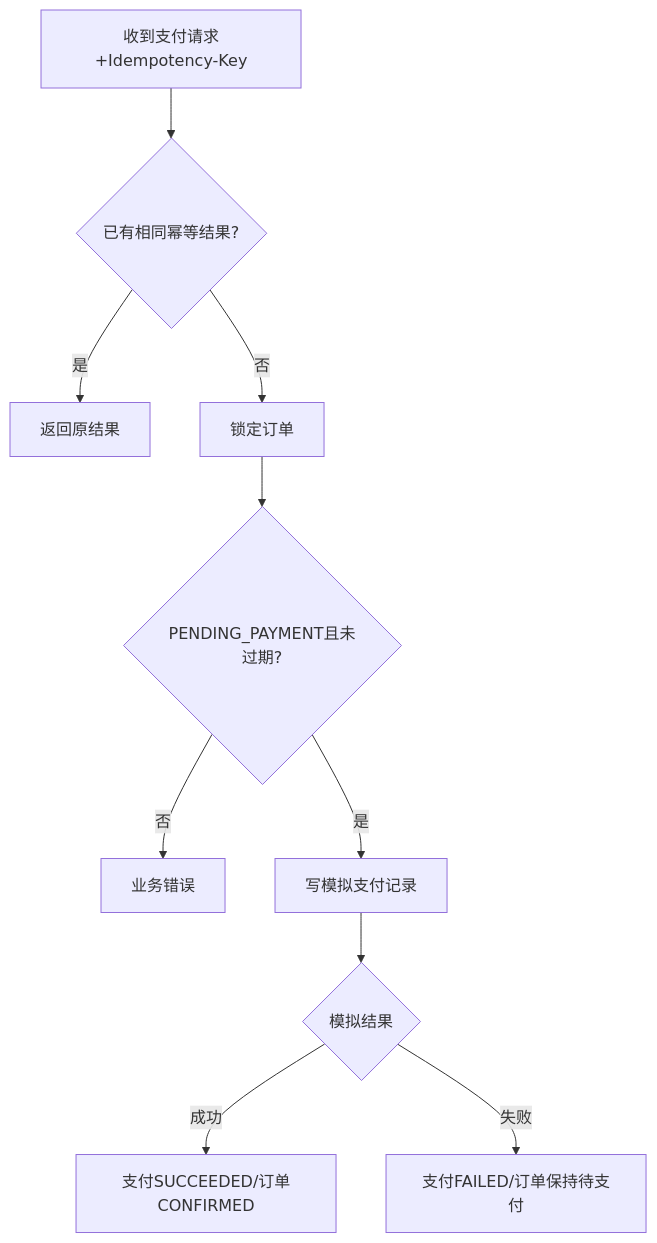
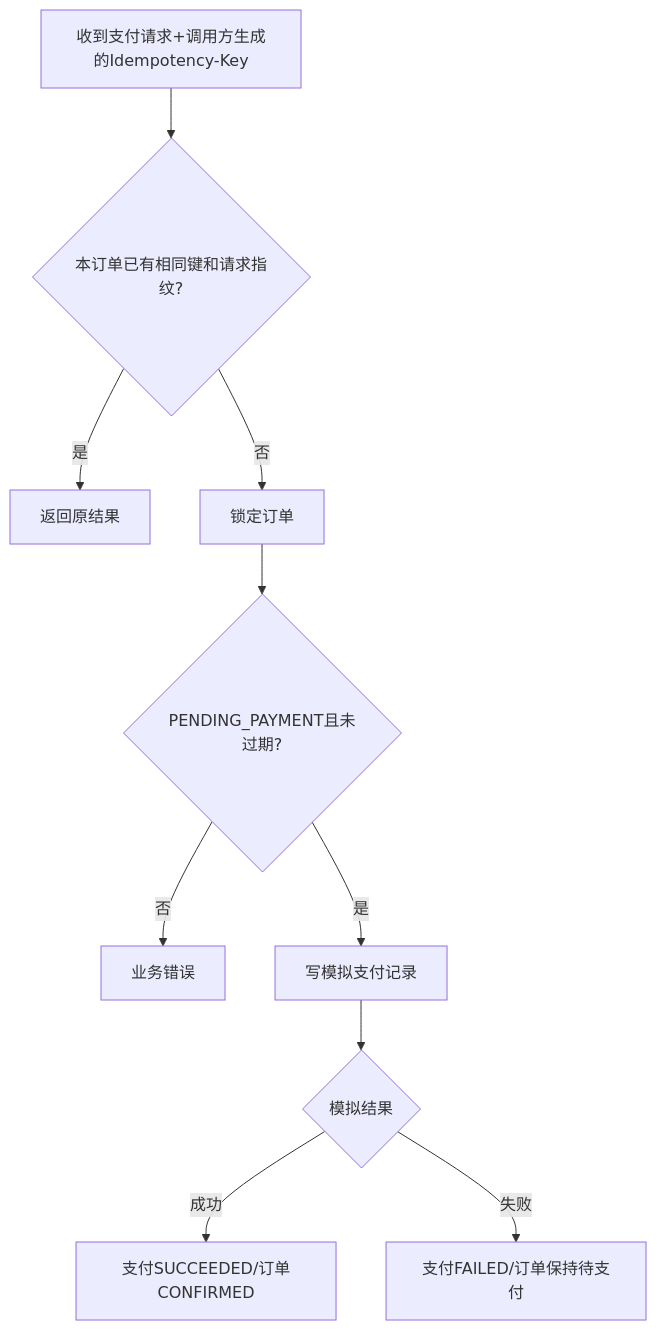
One commit to kamiweiwei12/- changed the second of 4 diagrams in docs/design/BUSINESS_FLOWS.md. Above: the diagram before and after it, drawn with Mermaid. The commit also changed other lines of this file and 25 other files, not shown here.

````diff
--- a/docs/design/BUSINESS_FLOWS.md
+++ b/docs/design/BUSINESS_FLOWS.md
@@ -29,12 +29,12 @@
 ```mermaid
 flowchart TD
-    A[收到支付请求+Idempotency-Key] --> B{已有相同幂等结果?}
+    A[收到支付请求+调用方生成的Idempotency-Key] --> B{本订单已有相同键和请求指纹?}
     B -- 是 --> C[返回原结果]
     B -- 否 --> D[锁定订单]
     D --> E{PENDING_PAYMENT且未过期?}
     E -- 否 --> F[业务错误]
     E -- 是 --> G[写模拟支付记录]
     G --> H{模拟结果}
     H -- 成功 --> I[支付SUCCEEDED/订单CONFIRMED]
     H -- 失败 --> J[支付FAILED/订单保持待支付]
 ```
````
